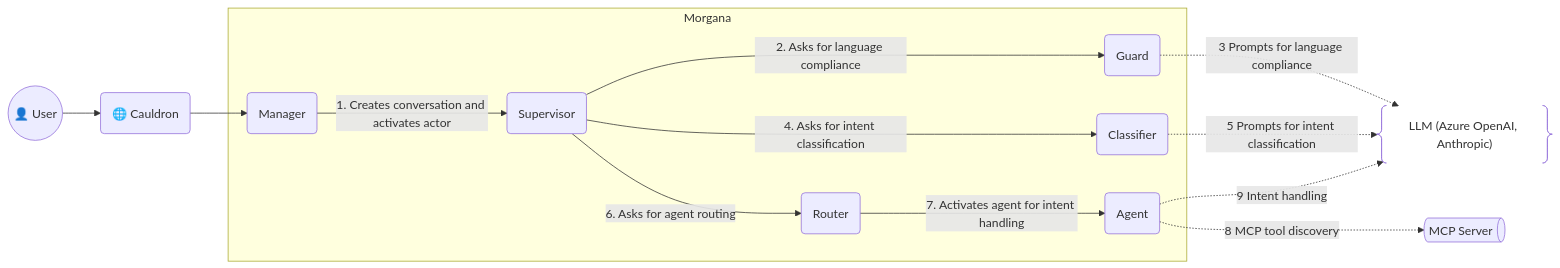
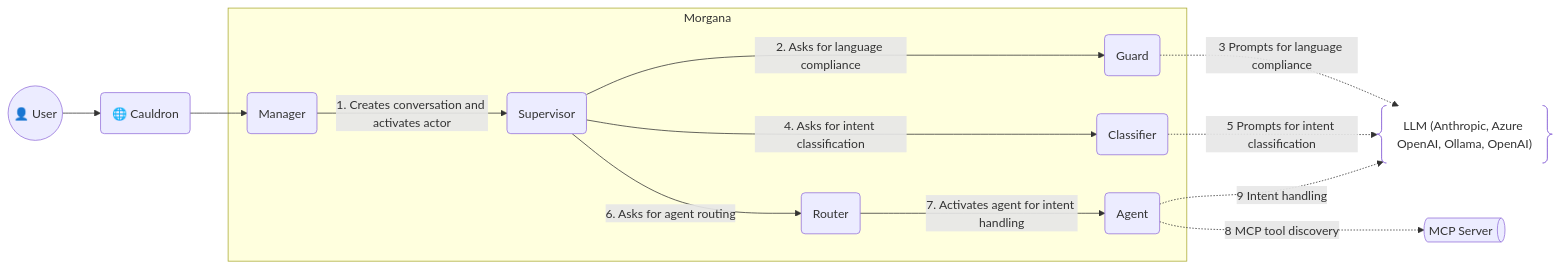
Before and after one commit to mdesalvo/Morgana: the first of 2 diagrams in README.md, drawn with Mermaid. The commit also changed other lines of this file, not shown here.

Commit message:
Update diagrams

````diff
--- a/README.md
+++ b/README.md
@@ -79,32 +79,32 @@
 ```mermaid
 graph LR
   %% Frontend
   U@{shape: circle, label: "👤 User"} --> CLD@{shape: rounded, label: "🌐 Cauldron"}
 
   %% Backend boundary
   subgraph Morgana["Morgana"]
     CM@{shape: rounded, label: "Manager"}
     SV@{shape: rounded, label: "Supervisor"}
 
     G@{shape: rounded, label: "Guard"}
     C@{shape: rounded, label: "Classifier"}
     R@{shape: rounded, label: "Router"}
     MA@{shape: rounded, label: "Agent"}
   end
 
   %% FE → BE
   CLD --> CM
   CM -- 1. Creates conversation and activates actor --> SV
 
   %% Internal BE flow
   SV -- 2. Asks for language compliance --> G
   SV -- 4. Asks for intent classification --> C
   SV -- 6. Asks for agent routing --> R
   R -- 7. Activates agent for intent handling --> MA
 
   %% External systems
-  G -. 3 Prompts for language compliance .-> LLM@{shape: braces, label: "LLM (Azure OpenAI, Anthropic)"}
+  G -. 3 Prompts for language compliance .-> LLM@{shape: braces, label: "LLM (Anthropic, Azure OpenAI, Ollama, OpenAI)"}
   C -. 5 Prompts for intent classification .-> LLM
   MA -. 8 MCP tool discovery .-> MCP@{shape: das, label: "MCP Server"}
   MA -. 9 Intent handling .-> LLM
 ```
````
